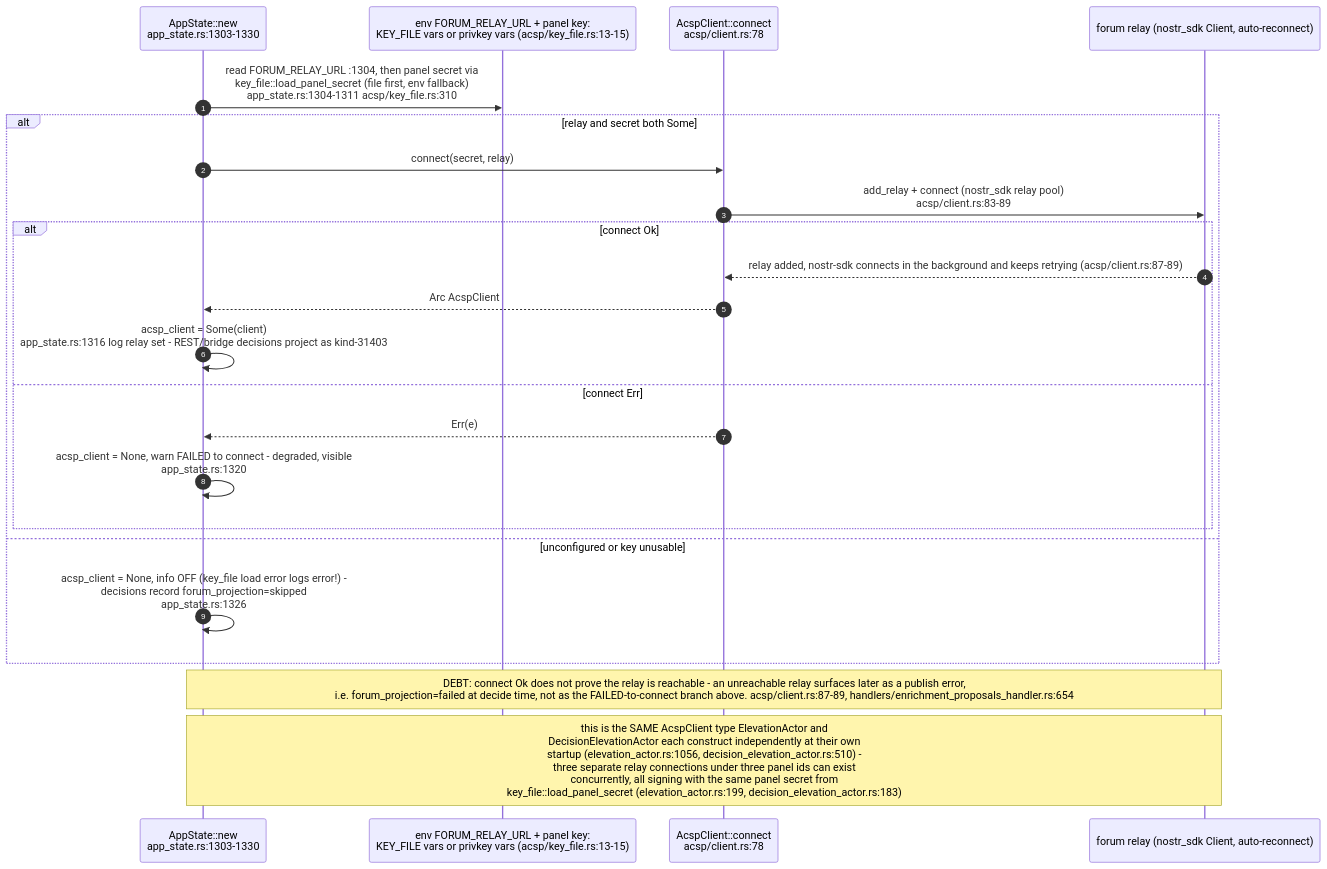
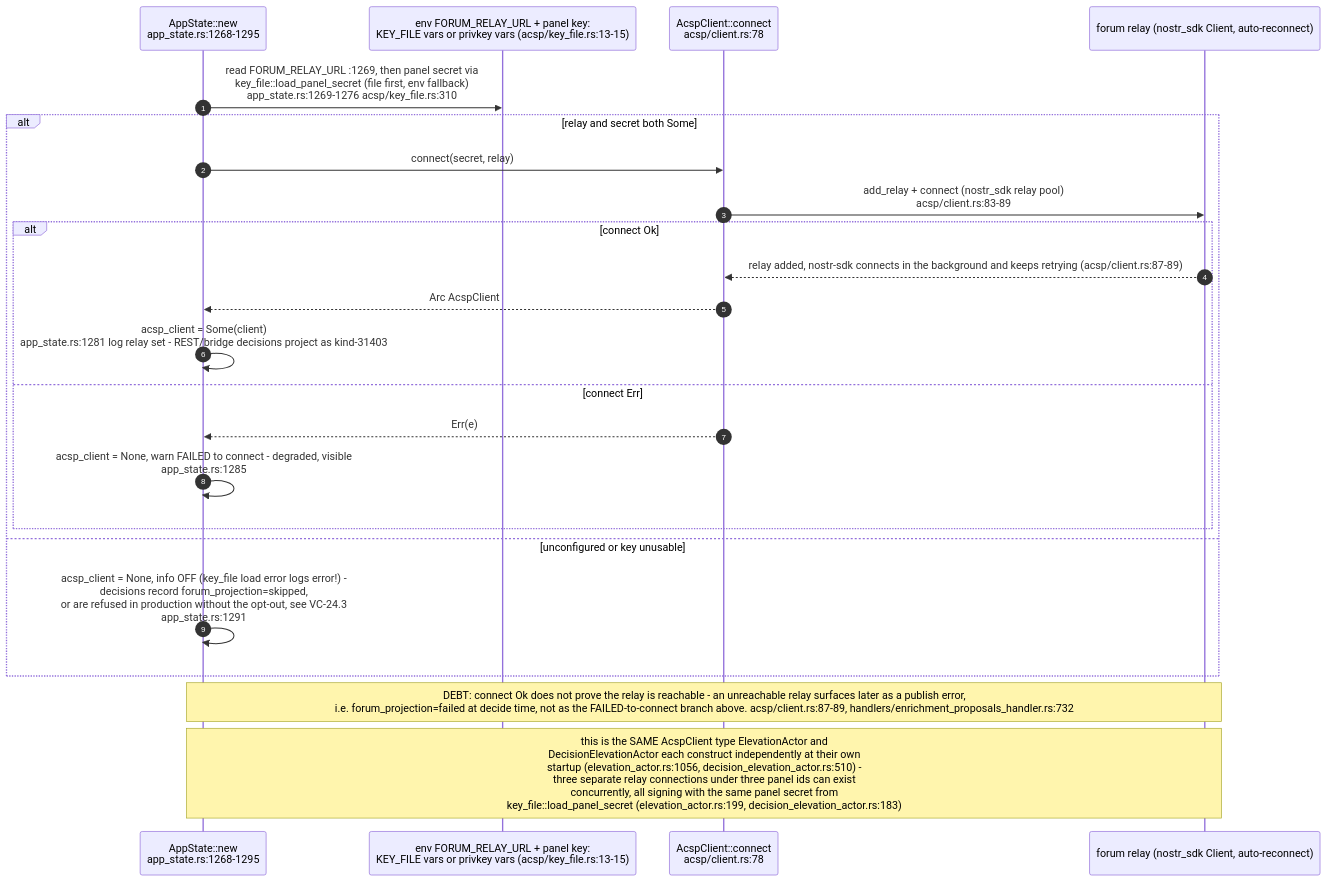
One commit to DreamLab-AI/VisionFlow changed the tenth of 12 diagrams in docs/diagrams/visionclaw/24-acsp-decision-elevation.md. Above: the diagram before and after it, drawn with Mermaid. The commit also changed other lines of this file and 7 other files, not shown here.

````diff
--- a/docs/diagrams/visionclaw/24-acsp-decision-elevation.md
+++ b/docs/diagrams/visionclaw/24-acsp-decision-elevation.md
@@ -390,25 +393,25 @@
 ```mermaid
 sequenceDiagram
     autonumber
-    participant BOOT as AppState::new<br/>app_state.rs:1303-1330
+    participant BOOT as AppState::new<br/>app_state.rs:1268-1295
     participant ENV as env FORUM_RELAY_URL + panel key:<br/>KEY_FILE vars or privkey vars (acsp/key_file.rs:13-15)
     participant ACSP as AcspClient::connect<br/>acsp/client.rs:78
     participant RELAY as forum relay (nostr_sdk Client, auto-reconnect)
-    BOOT->>ENV: read FORUM_RELAY_URL :1304, then panel secret via<br/>key_file::load_panel_secret (file first, env fallback)<br/>app_state.rs:1304-1311 acsp/key_file.rs:310
+    BOOT->>ENV: read FORUM_RELAY_URL :1269, then panel secret via<br/>key_file::load_panel_secret (file first, env fallback)<br/>app_state.rs:1269-1276 acsp/key_file.rs:310
     alt relay and secret both Some
         BOOT->>ACSP: connect(secret, relay)
         ACSP->>RELAY: add_relay + connect (nostr_sdk relay pool)<br/>acsp/client.rs:83-89
         alt connect Ok
             RELAY-->>ACSP: relay added, nostr-sdk connects in the background and keeps retrying (acsp/client.rs:87-89)
             ACSP-->>BOOT: Arc AcspClient
-            BOOT->>BOOT: acsp_client = Some(client)<br/>app_state.rs:1316 log relay set - REST/bridge decisions project as kind-31403
+            BOOT->>BOOT: acsp_client = Some(client)<br/>app_state.rs:1281 log relay set - REST/bridge decisions project as kind-31403
         else connect Err
             ACSP-->>BOOT: Err(e)
-            BOOT->>BOOT: acsp_client = None, warn FAILED to connect - degraded, visible<br/>app_state.rs:1320
+            BOOT->>BOOT: acsp_client = None, warn FAILED to connect - degraded, visible<br/>app_state.rs:1285
         end
     else unconfigured or key unusable
-        BOOT->>BOOT: acsp_client = None, info OFF (key_file load error logs error!) -<br/>decisions record forum_projection=skipped<br/>app_state.rs:1326
+        BOOT->>BOOT: acsp_client = None, info OFF (key_file load error logs error!) -<br/>decisions record forum_projection=skipped,<br/>or are refused in production without the opt-out, see VC-24.3<br/>app_state.rs:1291
     end
-    Note over BOOT,RELAY: DEBT: connect Ok does not prove the relay is reachable - an unreachable relay surfaces later as a publish error,<br/>i.e. forum_projection=failed at decide time, not as the FAILED-to-connect branch above. acsp/client.rs:87-89, handlers/enrichment_proposals_handler.rs:654
+    Note over BOOT,RELAY: DEBT: connect Ok does not prove the relay is reachable - an unreachable relay surfaces later as a publish error,<br/>i.e. forum_projection=failed at decide time, not as the FAILED-to-connect branch above. acsp/client.rs:87-89, handlers/enrichment_proposals_handler.rs:732
     Note over BOOT,RELAY: this is the SAME AcspClient type ElevationActor and<br/>DecisionElevationActor each construct independently at their own<br/>startup (elevation_actor.rs:1056, decision_elevation_actor.rs:510) -<br/>three separate relay connections under three panel ids can exist<br/>concurrently, all signing with the same panel secret from<br/>key_file::load_panel_secret (elevation_actor.rs:199, decision_elevation_actor.rs:183)
 ```
````
